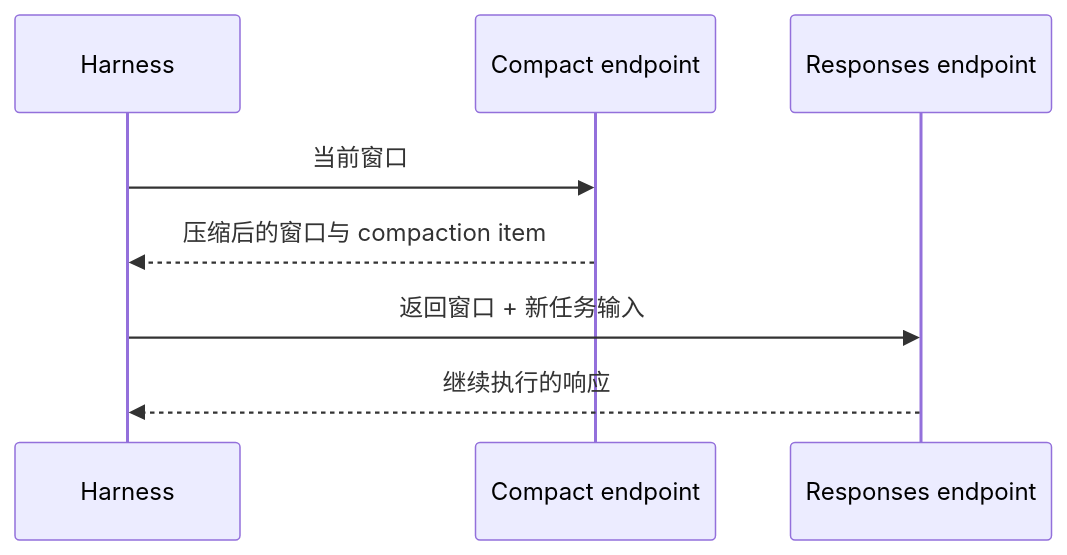
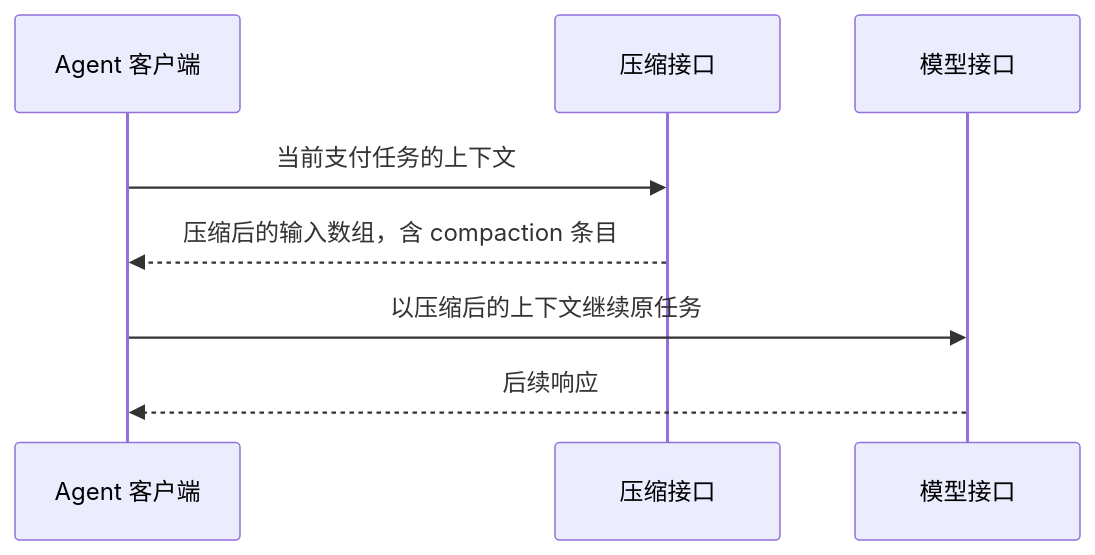
The second of 2 diagrams in content/zh/posts/agent-context-compaction.md (Trashwbin/quill), drawn with Mermaid before and after one commit. The commit also changed other lines of this file and 2 other files, not shown here.

````diff
--- a/content/zh/posts/agent-context-compaction.md
+++ b/content/zh/posts/agent-context-compaction.md
@@ -196,10 +143,10 @@
 ```mermaid
 sequenceDiagram
-    participant H as Harness
-    participant C as Compact endpoint
-    participant R as Responses endpoint
-    H->>C: 当前窗口
-    C-->>H: 压缩后的窗口与 compaction item
-    H->>R: 返回窗口 + 新任务输入
-    R-->>H: 继续执行的响应
+    participant A as Agent 客户端
+    participant C as 压缩接口
+    participant M as 模型接口
+    A->>C: 当前支付任务的上下文
+    C-->>A: 压缩后的输入数组，含 compaction 条目
+    A->>M: 以压缩后的上下文继续原任务
+    M-->>A: 后续响应
 ```
````
